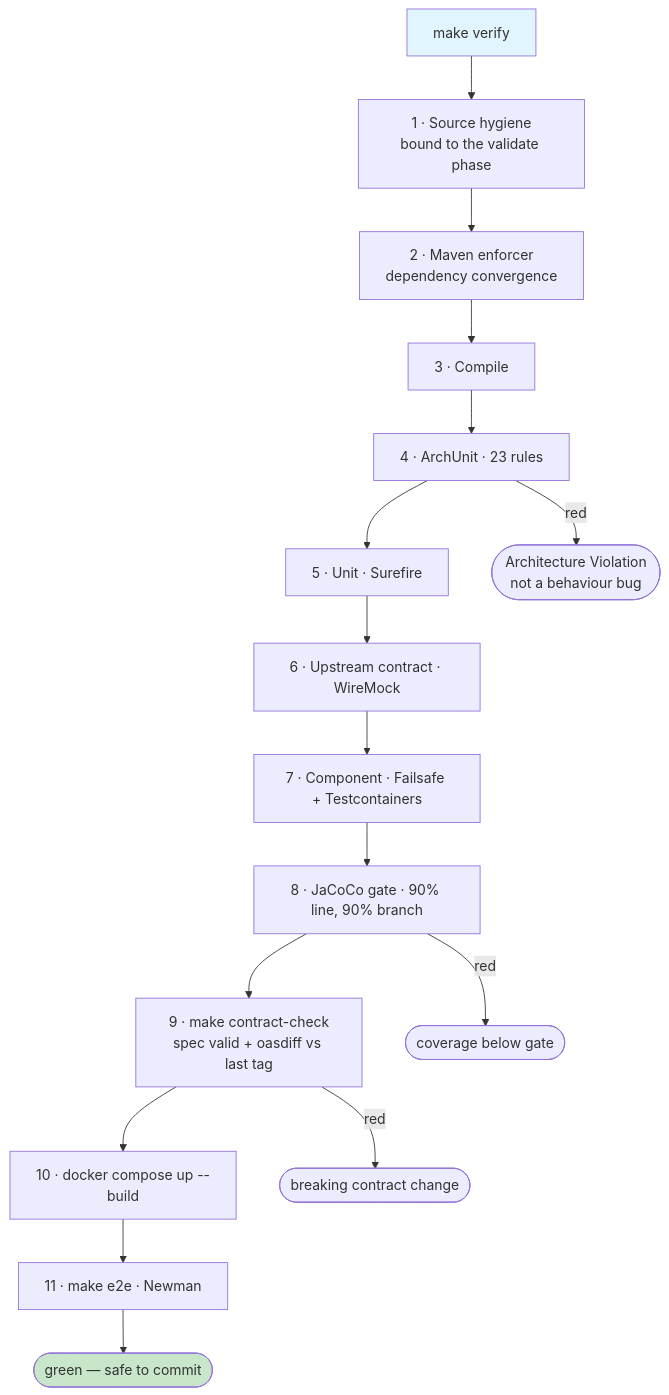
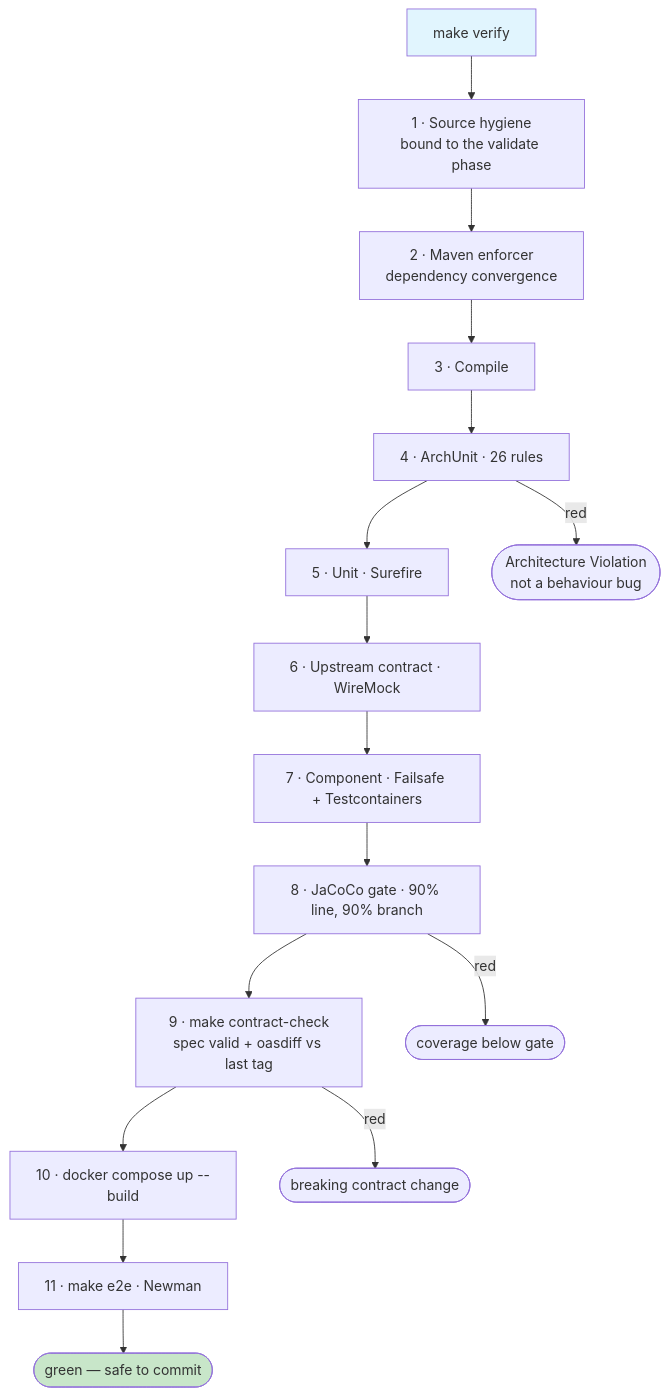
Before and after one commit to davidmtzenciso/pokedex-api: the diagram in docs/diagrams/verification-gates.md, drawn with Mermaid. The commit also changed 9 other files, not shown here.

````diff
--- a/docs/diagrams/verification-gates.md
+++ b/docs/diagrams/verification-gates.md
@@ -5,22 +5,22 @@
 ```mermaid
 flowchart TD
   V["make verify"] --> H["1 · Source hygiene<br/>bound to the validate phase"]
   H --> E["2 · Maven enforcer<br/>dependency convergence"]
   E --> C["3 · Compile"]
-  C --> A["4 · ArchUnit · 23 rules"]
+  C --> A["4 · ArchUnit · 26 rules"]
   A --> U["5 · Unit · Surefire"]
   U --> W["6 · Upstream contract · WireMock"]
   W --> K["7 · Component · Failsafe + Testcontainers"]
   K --> J["8 · JaCoCo gate · 90% line, 90% branch"]
   J --> S["9 · make contract-check<br/>spec valid + oasdiff vs last tag"]
   S --> D["10 · docker compose up --build"]
   D --> N["11 · make e2e · Newman"]
   N --> OK([green — safe to commit])
 
   A -->|red| FA([Architecture Violation<br/>not a behaviour bug])
   J -->|red| FJ([coverage below gate])
   S -->|red| FS([breaking contract change])
 
   style V fill:#e1f5fe
   style OK fill:#c8e6c9
 ```
````
